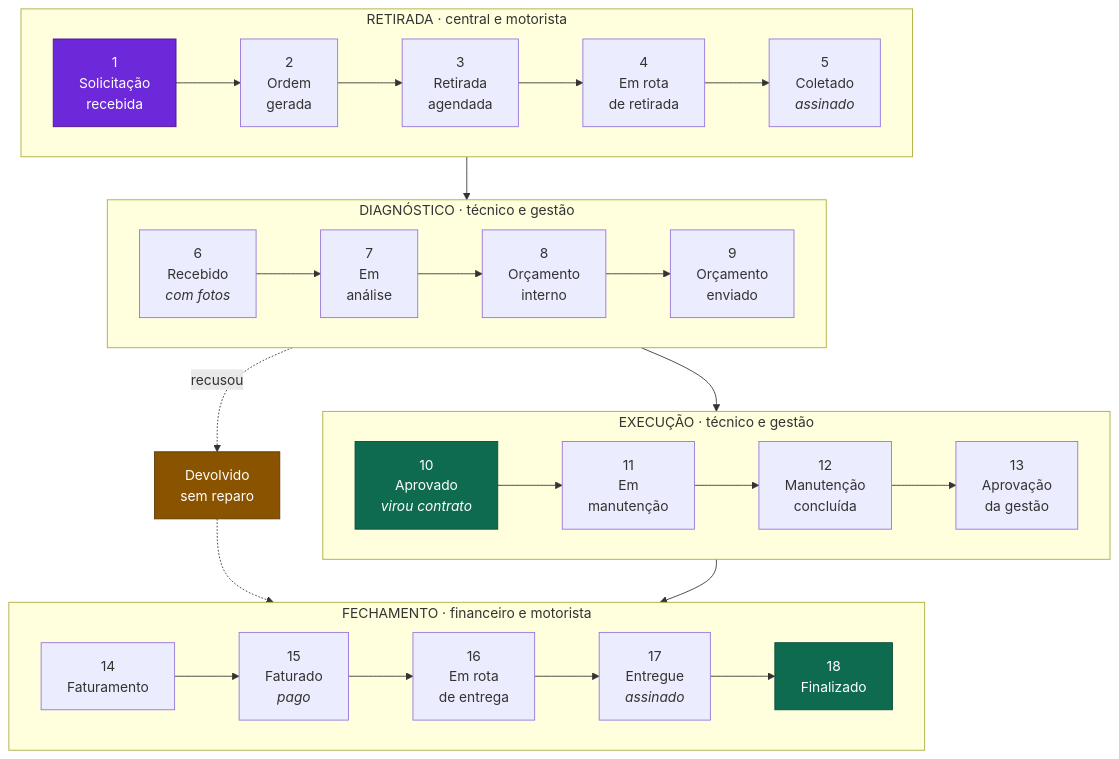
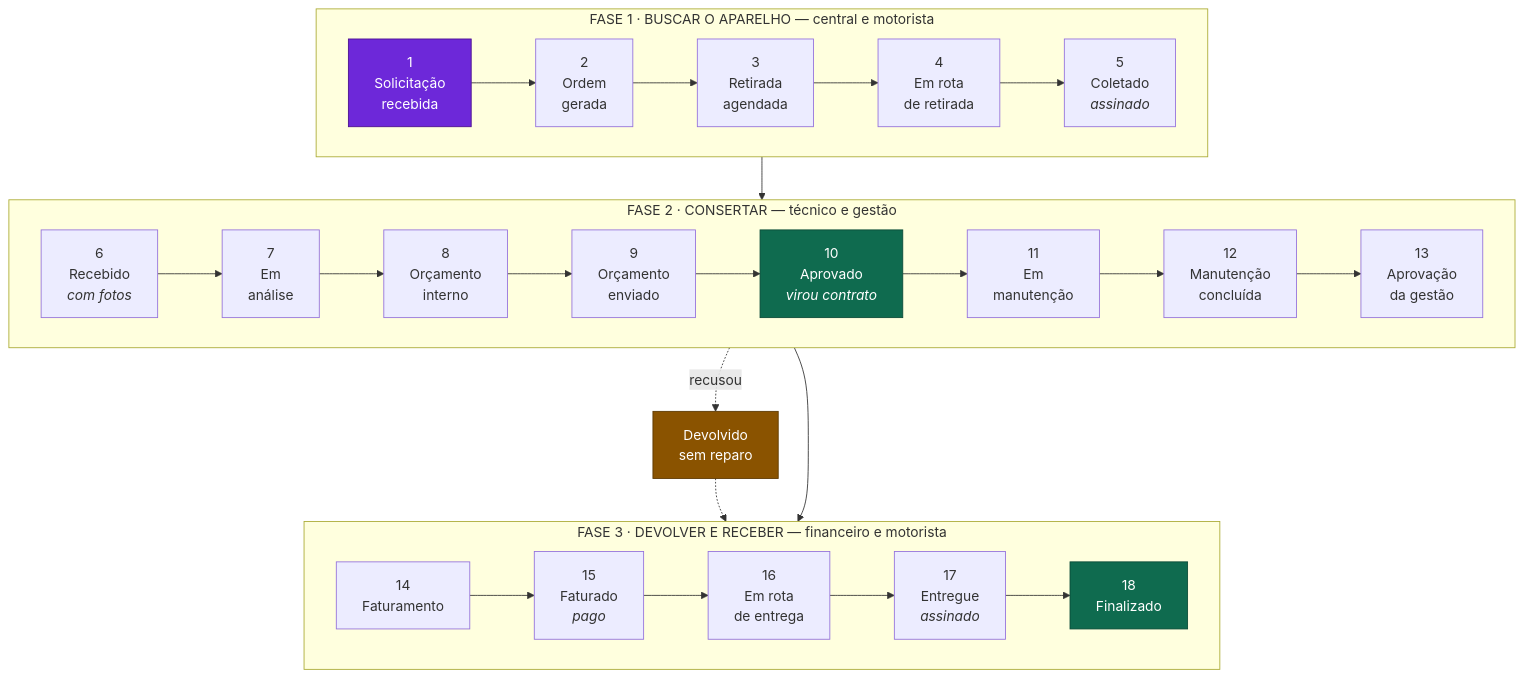
One commit to lucasjesus123/DTECH-MED changed the first of 7 diagrams in PROCESSOS.md. Above: the diagram before and after it, drawn with Mermaid. The commit also changed other lines of this file and 11 other files, not shown here.

````diff
--- a/PROCESSOS.md
+++ b/PROCESSOS.md
@@ -13,33 +23,27 @@
 ```mermaid
 flowchart TB
-    subgraph R["RETIRADA · central e motorista"]
+    subgraph F1["FASE 1 · BUSCAR O APARELHO — central e motorista"]
         direction LR
         A1["1<br/>Solicitação<br/>recebida"] --> A2["2<br/>Ordem<br/>gerada"] --> A3["3<br/>Retirada<br/>agendada"] --> A4["4<br/>Em rota<br/>de retirada"] --> A5["5<br/>Coletado<br/><i>assinado</i>"]
     end
 
-    subgraph D["DIAGNÓSTICO · técnico e gestão"]
+    subgraph F2["FASE 2 · CONSERTAR — técnico e gestão"]
         direction LR
-        B1["6<br/>Recebido<br/><i>com fotos</i>"] --> B2["7<br/>Em<br/>análise"] --> B3["8<br/>Orçamento<br/>interno"] --> B4["9<br/>Orçamento<br/>enviado"]
+        B1["6<br/>Recebido<br/><i>com fotos</i>"] --> B2["7<br/>Em<br/>análise"] --> B3["8<br/>Orçamento<br/>interno"] --> B4["9<br/>Orçamento<br/>enviado"] --> B5["10<br/>Aprovado<br/><i>virou contrato</i>"] --> B6["11<br/>Em<br/>manutenção"] --> B7["12<br/>Manutenção<br/>concluída"] --> B8["13<br/>Aprovação<br/>da gestão"]
     end
 
-    subgraph E["EXECUÇÃO · técnico e gestão"]
-        direction LR
-        C1["10<br/>Aprovado<br/><i>virou contrato</i>"] --> C2["11<br/>Em<br/>manutenção"] --> C3["12<br/>Manutenção<br/>concluída"] --> C4["13<br/>Aprovação<br/>da gestão"]
-    end
-
-    subgraph F["FECHAMENTO · financeiro e motorista"]
+    subgraph F3["FASE 3 · DEVOLVER E RECEBER — financeiro e motorista"]
         direction LR
         D1["14<br/>Faturamento"] --> D2["15<br/>Faturado<br/><i>pago</i>"] --> D3["16<br/>Em rota<br/>de entrega"] --> D4["17<br/>Entregue<br/><i>assinado</i>"] --> D5["18<br/>Finalizado"]
     end
 
     A5 --> B1
-    B4 --> C1
     B4 -.->|"recusou"| X["Devolvido<br/>sem reparo"]
-    C4 --> D1
+    B8 --> D1
     X -.-> D3
 
     style A1 fill:#6D28D9,color:#fff,stroke:#4A0D8F
-    style C1 fill:#0F6B4F,color:#fff,stroke:#0A4A37
+    style B5 fill:#0F6B4F,color:#fff,stroke:#0A4A37
     style D5 fill:#0F6B4F,color:#fff,stroke:#0A4A37
     style X fill:#8A5300,color:#fff,stroke:#5C3800
 ```
````
